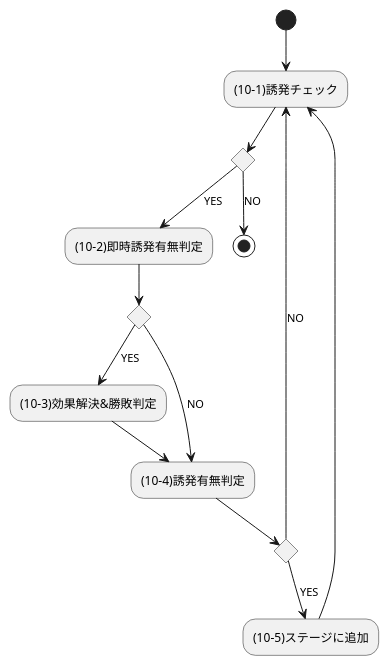
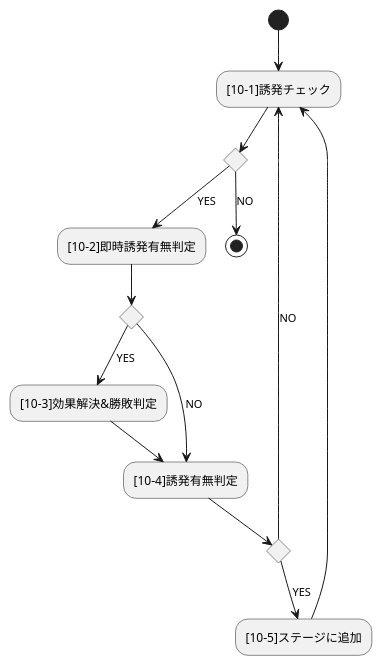
The diagram in source/core/triggerflow.puml (BlackPoker/BlackPoker), drawn with PlantUML before and after one commit.

```diff
--- a/source/core/triggerflow.puml
+++ b/source/core/triggerflow.puml
@@ -1,24 +1,24 @@
 @startuml
-(*) --> "(10-1)誘発チェック"
+(*) --> "[10-1]誘発チェック"
 
 if "" then
-    -->[YES] "(10-2)即時誘発有無判定"
+    -->[YES] "[10-2]即時誘発有無判定"
     if "" then
-        -->[YES] "(10-3)効果解決&勝敗判定"
-        --> "(10-4)誘発有無判定"
+        -->[YES] "[10-3]効果解決&勝敗判定"
+        --> "[10-4]誘発有無判定"
     else
-        -->[NO] "(10-4)誘発有無判定"
+        -->[NO] "[10-4]誘発有無判定"
     endif
 
     if "" then
-        -->[YES] "(10-5)ステージに追加"
-        --> "(10-1)誘発チェック"
+        -->[YES] "[10-5]ステージに追加"
+        --> "[10-1]誘発チェック"
     else
-        -->[NO] "(10-1)誘発チェック"
+        -->[NO] "[10-1]誘発チェック"
     endif
 
 else
     -->[NO] (*)
 endif
 
 @enduml
```
